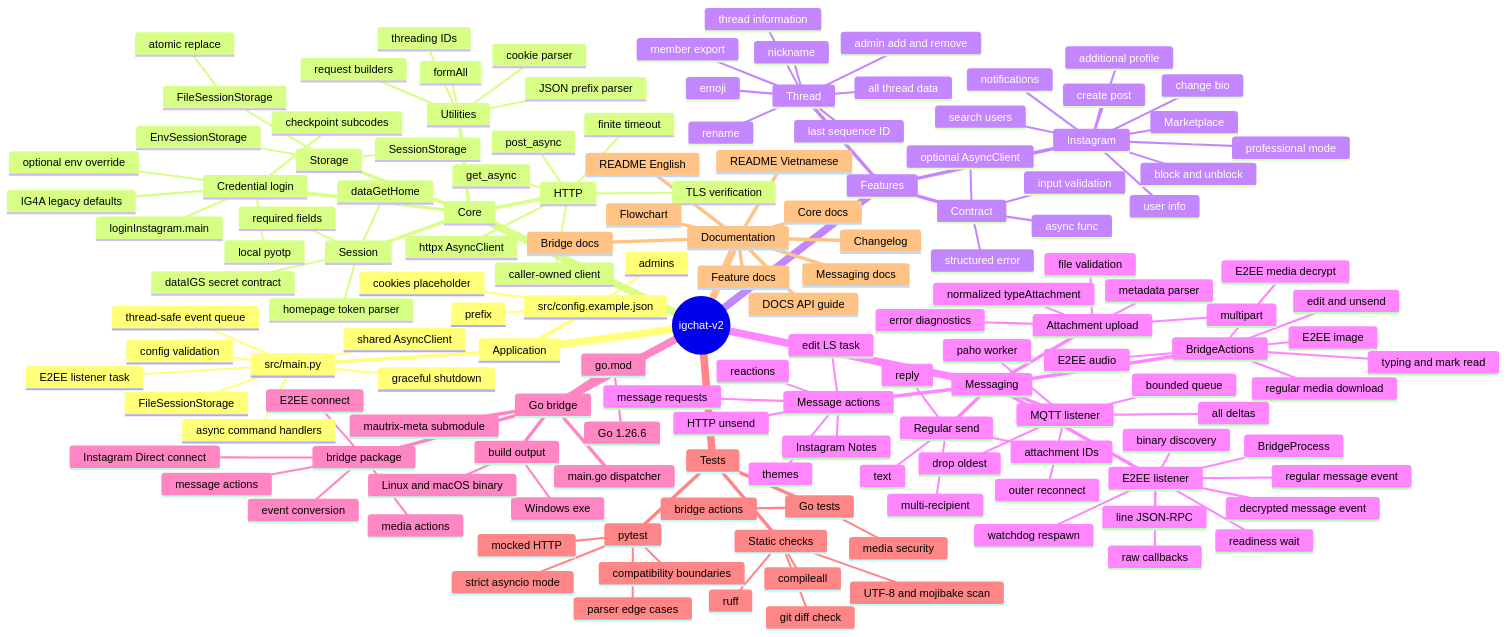
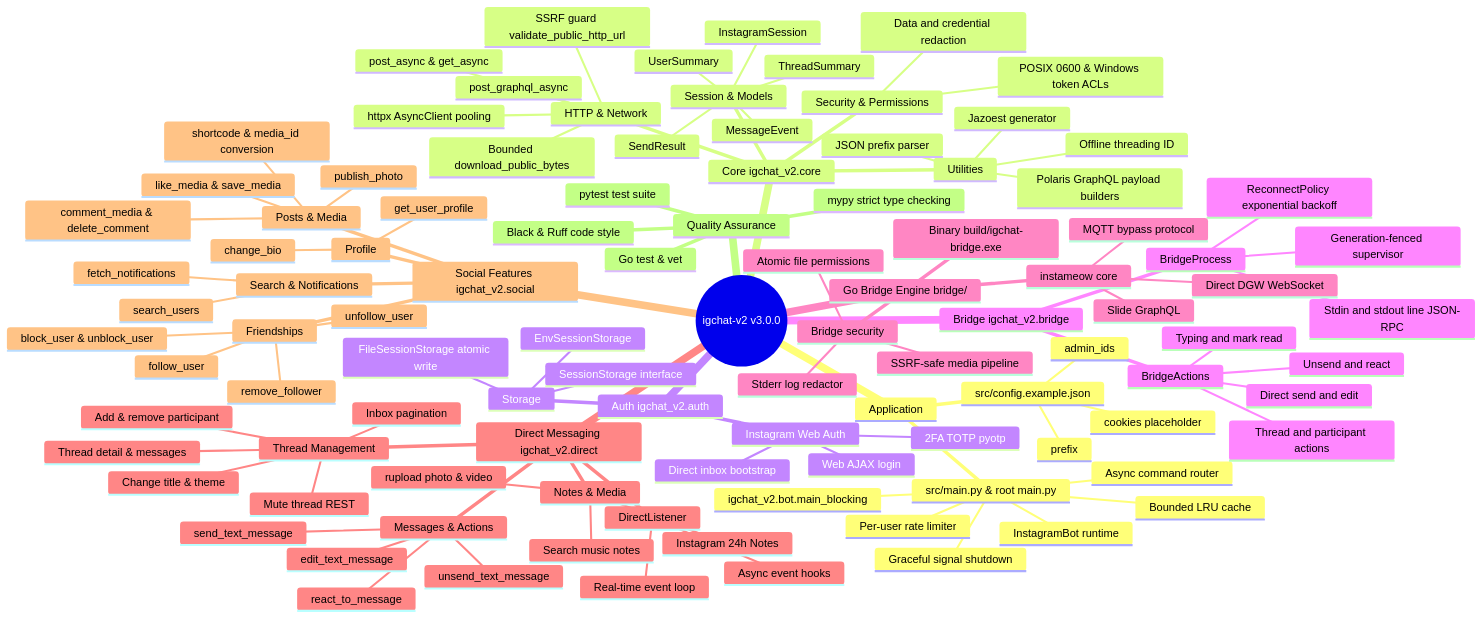
One commit to 0xshijn/igchat-v2 changed the diagram in mindmap-mermaid.md. Above: the diagram before and after it, drawn with Mermaid. The commit also changed other lines of this file and 246 other files, not shown here.

First line of the commit message:
feat: rebuild genuine Instagram Direct & Polaris GraphQL v3.0.0 architecture

````diff
--- a/mindmap-mermaid.md
+++ b/mindmap-mermaid.md
@@ -5,151 +5,107 @@
 ```mermaid
 mindmap
-  root((igchat-v2))
+  root((igchat-v2 v3.0.0))
     Application
-      src/main.py
-        config validation
-        FileSessionStorage
-        shared AsyncClient
-        E2EE listener task
-        thread-safe event queue
-        async command handlers
-        graceful shutdown
+      src/main.py & root main.py
+        igchat_v2.bot.main_blocking
+        InstagramBot runtime
+        Bounded LRU cache
+        Per-user rate limiter
+        Async command router
+        Graceful signal shutdown
       src/config.example.json
         cookies placeholder
         prefix
-        admins
-    Core
-      Session
-        dataGetHome
-        homepage token parser
-        required fields
-        dataIGS secret contract
+        admin_ids
+    Core igchat_v2.core
+      Session & Models
+        InstagramSession
+        UserSummary
+        ThreadSummary
+        MessageEvent
+        SendResult
+      HTTP & Network
+        httpx AsyncClient pooling
+        post_async & get_async
+        post_graphql_async
+        SSRF guard validate_public_http_url
+        Bounded download_public_bytes
+      Security & Permissions
+        POSIX 0600 & Windows token ACLs
+        Data and credential redaction
+      Utilities
+        Polaris GraphQL payload builders
+        Jazoest generator
+        Offline threading ID
+        JSON prefix parser
+    Auth igchat_v2.auth
       Storage
-        SessionStorage
-        FileSessionStorage
-          atomic replace
+        SessionStorage interface
+        FileSessionStorage atomic write
         EnvSessionStorage
-      HTTP
-        httpx AsyncClient
-        post_async
-        get_async
-        finite timeout
-        TLS verification
-        caller-owned client
-      Utilities
-        formAll
-        request builders
-        JSON prefix parser
-        cookie parser
-        threading IDs
-      Credential login
-        loginInstagram.main
-        IG4A legacy defaults
-        optional env override
-        local pyotp
-        checkpoint subcodes
-    Features
-      Instagram
-        change bio
-        create post
-        search users
-        user info
-        notifications
-        block and unblock
-        professional mode
-        additional profile
-        Marketplace
-      Thread
-        all thread data
-        last sequence ID
-        thread information
-        member export
-        rename
-        emoji
-        nickname
-        admin add and remove
-      Contract
-        async func
-        optional AsyncClient
-        input validation
-        structured error
-    Messaging
-      Regular send
-        text
-        multi-recipient
-        reply
-        attachment IDs
-      Attachment upload
-        file validation
-        multipart
-        metadata parser
-        normalized typeAttachment
-        error diagnostics
-      MQTT listener
-        paho worker
-        bounded queue
-        drop oldest
-        all deltas
-        outer reconnect
-      Message actions
-        reactions
-        edit LS task
-        HTTP unsend
-        message requests
-        themes
-        Instagram Notes
-      E2EE listener
-        binary discovery
-        BridgeProcess
-        line JSON-RPC
-        readiness wait
-        raw callbacks
-        regular message event
-        decrypted message event
-        watchdog respawn
+      Instagram Web Auth
+        Direct inbox bootstrap
+        Web AJAX login
+        2FA TOTP pyotp
+    Bridge igchat_v2.bridge
+      BridgeProcess
+        Stdin and stdout line JSON-RPC
+        Generation-fenced supervisor
+        ReconnectPolicy exponential backoff
       BridgeActions
-        edit and unsend
-        typing and mark read
-        E2EE image
-        E2EE audio
-        regular media download
-        E2EE media decrypt
-    Go bridge
-      main.go dispatcher
-      bridge package
-        Instagram Direct connect
-        E2EE connect
-        event conversion
-        message actions
-        media actions
-      mautrix-meta submodule
-      go.mod
-        Go 1.26.6
-      build output
-        Windows exe
-        Linux and macOS binary
-    Tests
-      pytest
-        strict asyncio mode
-        mocked HTTP
-        parser edge cases
-        compatibility boundaries
-      Go tests
-        bridge actions
-        media security
-      Static checks
-        ruff
-        compileall
-        git diff check
-        UTF-8 and mojibake scan
-    Documentation
-      README Vietnamese
-      README English
-      DOCS API guide
-      Core docs
-      Feature docs
-      Messaging docs
-      Bridge docs
-      Flowchart
-      Changelog
+        Direct send and edit
+        Unsend and react
+        Thread and participant actions
+        Typing and mark read
+    Go Bridge Engine bridge/
+      Binary build/igchat-bridge.exe
+      instameow core
+        Direct DGW WebSocket
+        Slide GraphQL
+        MQTT bypass protocol
+      Bridge security
+        SSRF-safe media pipeline
+        Stderr log redactor
+        Atomic file permissions
+    Direct Messaging igchat_v2.direct
+      DirectListener
+        Real-time event loop
+        Async event hooks
+      Messages & Actions
+        send_text_message
+        edit_text_message
+        unsend_text_message
+        react_to_message
+      Thread Management
+        Inbox pagination
+        Thread detail & messages
+        Change title & theme
+        Add & remove participant
+        Mute thread REST
+      Notes & Media
+        Instagram 24h Notes
+        Search music notes
+        rupload photo & video
+    Social Features igchat_v2.social
+      Profile
+        get_user_profile
+        change_bio
+      Friendships
+        follow_user
+        unfollow_user
+        remove_follower
+        block_user & unblock_user
+      Posts & Media
+        like_media & save_media
+        comment_media & delete_comment
+        publish_photo
+        shortcode & media_id conversion
+      Search & Notifications
+        search_users
+        fetch_notifications
+    Quality Assurance
+      pytest test suite
+      Go test & vet
+      mypy strict type checking
+      Black & Ruff code style
 ```
````
